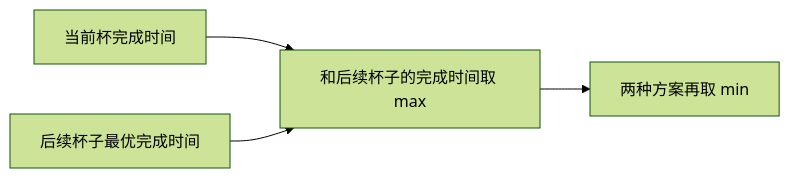
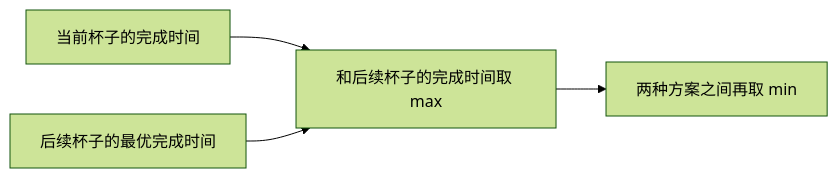
One commit to freeedoooooo/algs changed the third of 3 diagrams in my-notes/01-基础巩固/13-暴力递归到动态规划2-尝试模型/15-尝试模型4-寻找业务限制-咖啡杯清洗问题.md. Above: the diagram before and after it, drawn with Mermaid (forest theme). The commit also changed other lines of this file and 1 other file, not shown here.

````diff
--- a/my-notes/01-基础巩固/13-暴力递归到动态规划2-尝试模型/15-尝试模型4-寻找业务限制-咖啡杯清洗问题.md
+++ b/my-notes/01-基础巩固/13-暴力递归到动态规划2-尝试模型/15-尝试模型4-寻找业务限制-咖啡杯清洗问题.md
@@ -112,6 +97,6 @@
 ```mermaid
 graph LR
-    A["当前杯完成时间"] --> C["和后续杯子的完成时间取 max"]
-    B["后续杯子最优完成时间"] --> C
-    C --> D["两种方案再取 min"]
+    A["当前杯子的完成时间"] --> C["和后续杯子的完成时间取 max"]
+    B["后续杯子的最优完成时间"] --> C
+    C --> D["两种方案之间再取 min"]
 ```
````
